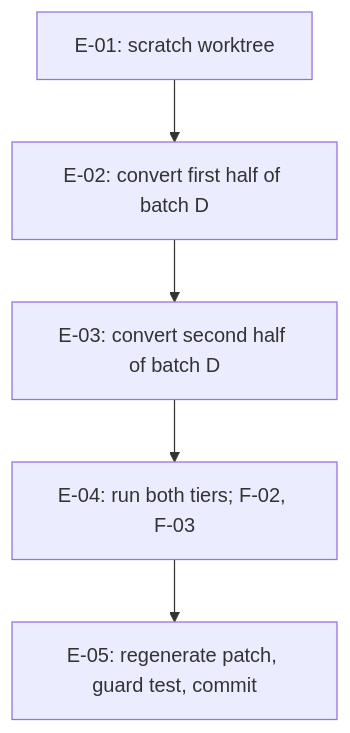
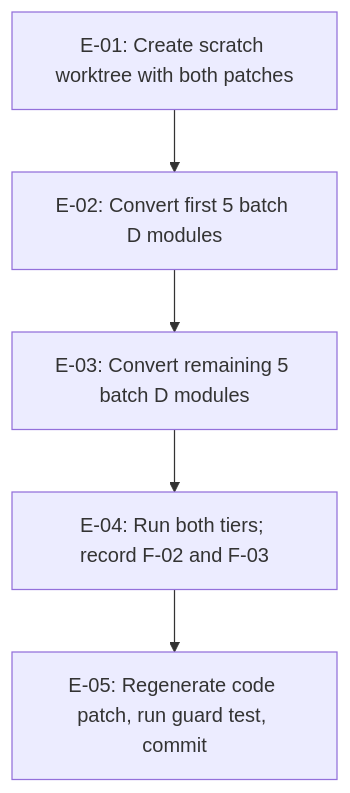
Before and after one commit to fariello/agent-workflows: the diagram in .aw/records/plans/pending/20261125-metastore-311-e0g2gt-convert-test-batch-d-prose-dash-advisory-through-readers-run.ipd.md, drawn with Mermaid. The commit also changed other lines of this file, not shown here.

````diff
--- a/.aw/records/plans/pending/20261125-metastore-311-e0g2gt-convert-test-batch-d-prose-dash-advisory-through-readers-run.ipd.md
+++ b/.aw/records/plans/pending/20261125-metastore-311-e0g2gt-convert-test-batch-d-prose-dash-advisory-through-readers-run.ipd.md
@@ -91,7 +107,7 @@
 ```mermaid
 flowchart TD
-    E01["E-01: scratch worktree"] --> E02["E-02: convert first half of batch D"]
-    E02 --> E03["E-03: convert second half of batch D"]
-    E03 --> E04["E-04: run both tiers; F-02, F-03"]
-    E04 --> E05["E-05: regenerate patch, guard test, commit"]
+    E01["E-01: Create scratch worktree with both patches"] --> E02["E-02: Convert first 5 batch D modules"]
+    E02 --> E03["E-03: Convert remaining 5 batch D modules"]
+    E03 --> E04["E-04: Run both tiers; record F-02 and F-03"]
+    E04 --> E05["E-05: Regenerate code patch, run guard test, commit"]
 ```
````
